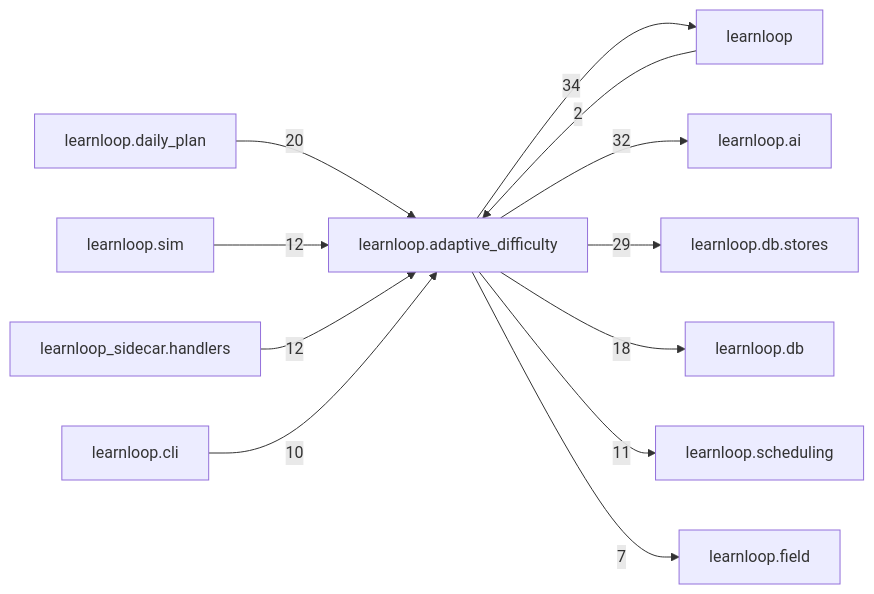
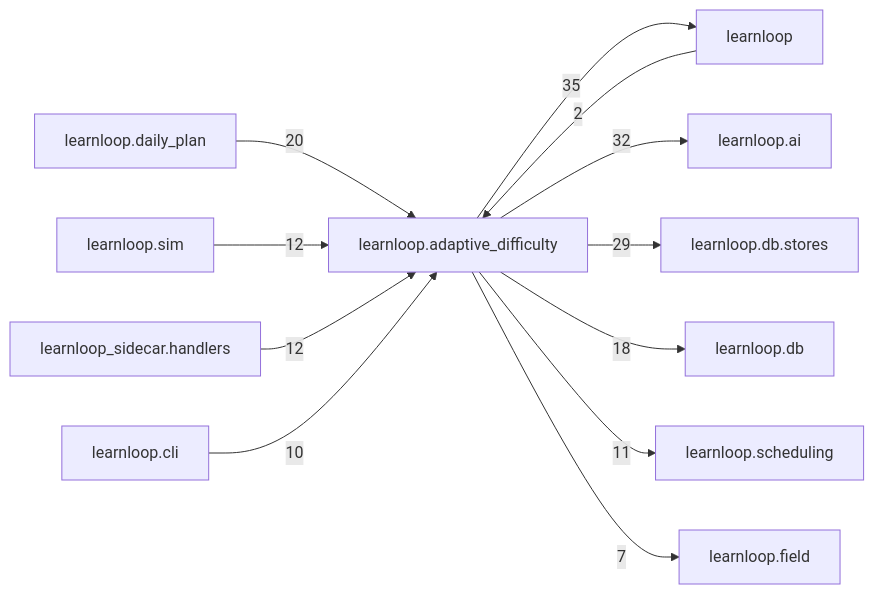
Before and after one commit to 6up-b/learnanything: the diagram in docs/learnloop-architecture-vault/Reference/Modules/learnloop/adaptive_difficulty/_package.md, drawn with Mermaid. The commit also changed other lines of this file and 502 other files, not shown here.

````diff
--- a/docs/learnloop-architecture-vault/Reference/Modules/learnloop/adaptive_difficulty/_package.md
+++ b/docs/learnloop-architecture-vault/Reference/Modules/learnloop/adaptive_difficulty/_package.md
@@ -185,25 +185,25 @@
 ```mermaid
 flowchart LR
     center["learnloop.adaptive_difficulty"]
     n_learnloop["learnloop"]
     n_learnloop_ai["learnloop.ai"]
     n_learnloop_db_stores["learnloop.db.stores"]
     n_learnloop_daily_plan["learnloop.daily_plan"]
     n_learnloop_db["learnloop.db"]
     n_learnloop_sim["learnloop.sim"]
     n_learnloop_sidecar_handlers["learnloop_sidecar.handlers"]
     n_learnloop_scheduling["learnloop.scheduling"]
     n_learnloop_cli["learnloop.cli"]
     n_learnloop_field["learnloop.field"]
     n_learnloop -->|2| center
-    center -->|34| n_learnloop
+    center -->|35| n_learnloop
     center -->|32| n_learnloop_ai
     center -->|29| n_learnloop_db_stores
     n_learnloop_daily_plan -->|20| center
     center -->|18| n_learnloop_db
     n_learnloop_sim -->|12| center
     n_learnloop_sidecar_handlers -->|12| center
     center -->|11| n_learnloop_scheduling
     n_learnloop_cli -->|10| center
     center -->|7| n_learnloop_field
 ```
````
